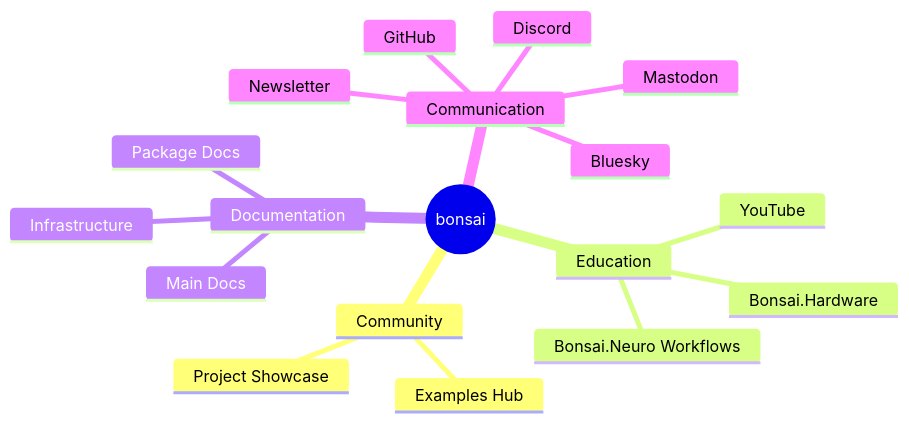
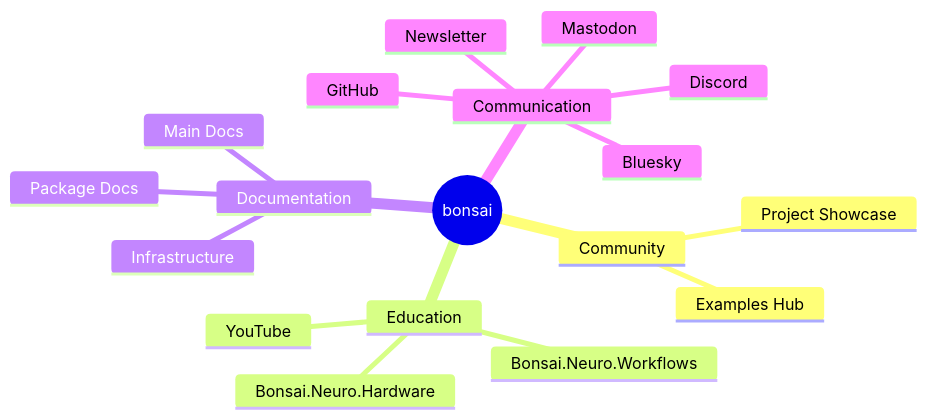
One commit to banchan86/bonsai_docs_roadmap changed the diagram in README.md. Above: the diagram before and after it, drawn with Mermaid.

Commit message:
Update mindmap

````diff
--- a/README.md
+++ b/README.md
@@ -5,21 +5,21 @@
 ```mermaid
 mindmap
   root((bonsai))
     Community
       Examples Hub
       Project Showcase
     Education
-      Bonsai.Hardware
-      Bonsai.Neuro Workflows
+      Bonsai.Neuro.Hardware
+      Bonsai.Neuro.Workflows
       YouTube
     Documentation
         Infrastructure
         Main Docs
         Package Docs
     Communication
       GitHub
       Discord
       Bluesky
       Mastodon
       Newsletter
 ```
````
